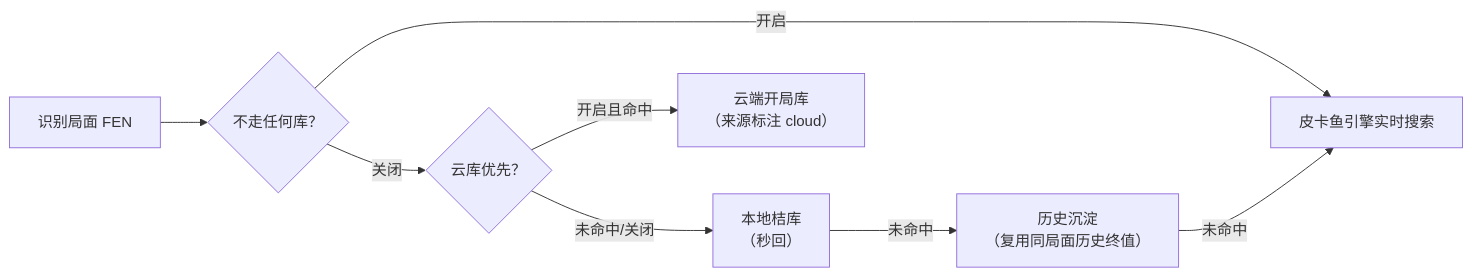
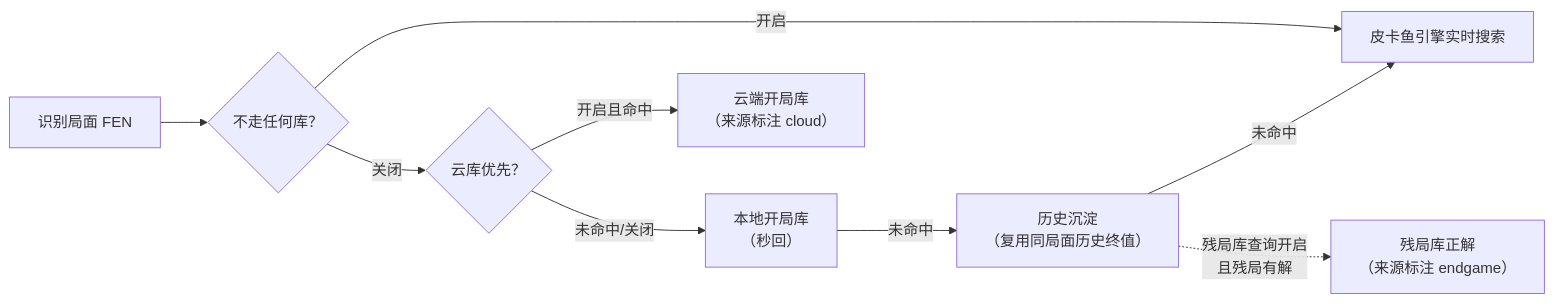
The diagram in docs/用户说明书.md (Silva6c/cabinet), drawn with Mermaid before and after one commit. The commit also changed other lines of this file and 49 other files, not shown here.

````diff
--- a/docs/用户说明书.md
+++ b/docs/用户说明书.md
@@ -231,10 +272,11 @@
 ```mermaid
 flowchart LR
     F["识别局面 FEN"] --> S{"不走任何库？"}
     S -->|"开启"| E["皮卡鱼引擎实时搜索"]
     S -->|"关闭"| C{"云库优先？"}
     C -->|"开启且命中"| CL["云端开局库<br/>（来源标注 cloud）"]
-    C -->|"未命中/关闭"| B["本地桔库<br/>（秒回）"]
+    C -->|"未命中/关闭"| B["本地开局库<br/>（秒回）"]
     B -->|"未命中"| ST["历史沉淀<br/>（复用同局面历史终值）"]
     ST -->|"未命中"| E
+    ST -.->|"残局库查询开启<br/>且残局有解"| EG["残局库正解<br/>（来源标注 endgame）"]
 ```
````
